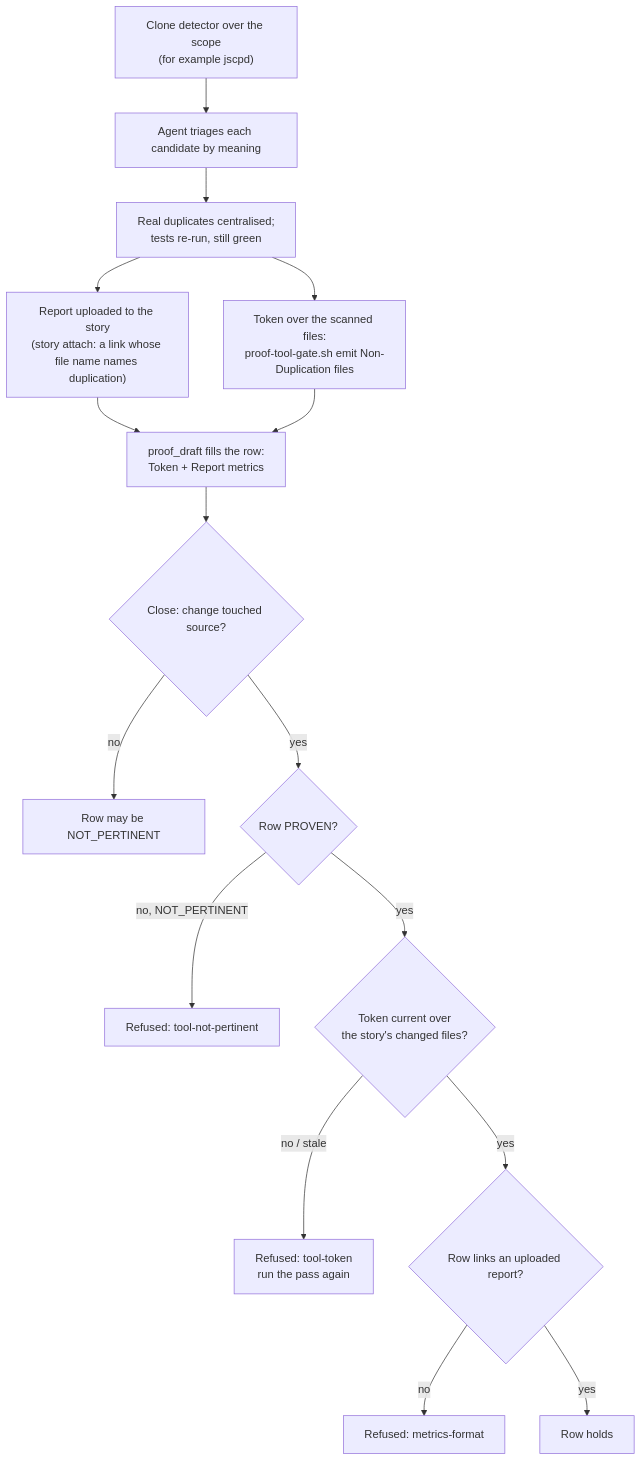
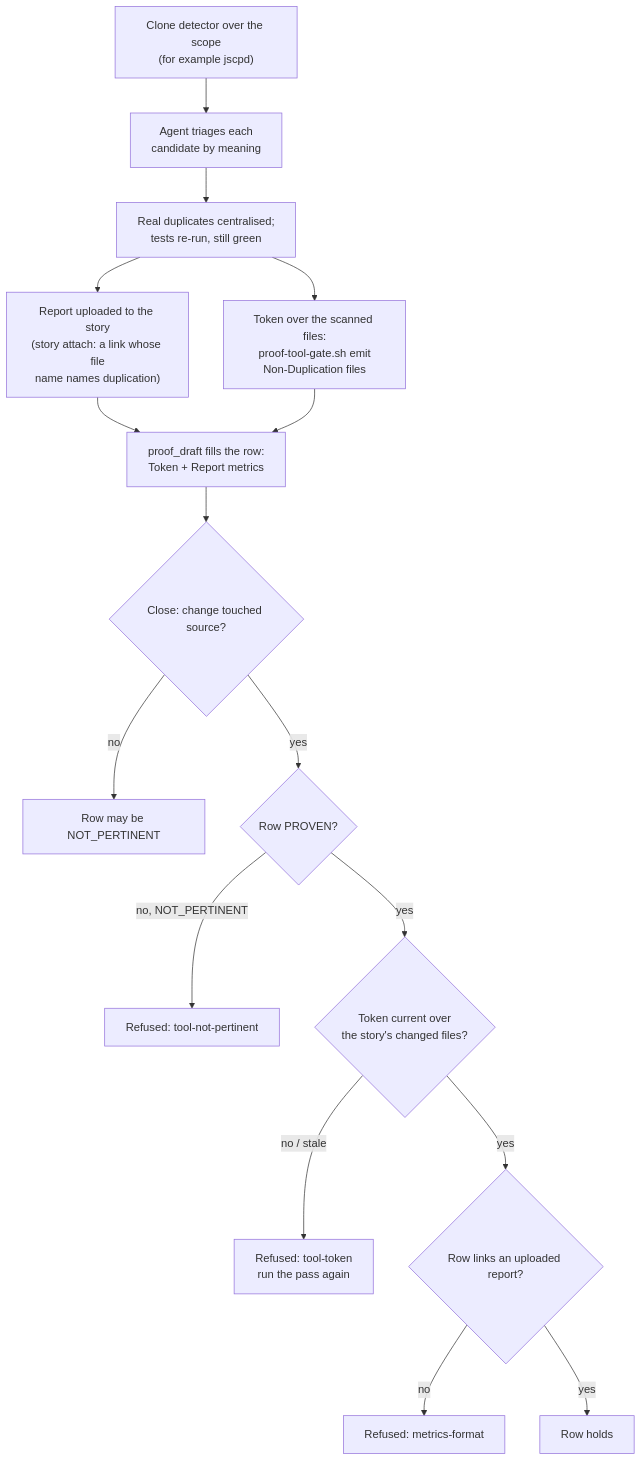
The diagram in docs/PROOF_DIMENSION_NON_DUPLICATION.md (DogmaSolutions/Kyklos), drawn with Mermaid before and after one commit. The commit also changed 38 other files, not shown here.

````diff
--- a/docs/PROOF_DIMENSION_NON_DUPLICATION.md
+++ b/docs/PROOF_DIMENSION_NON_DUPLICATION.md
@@ -36,18 +36,18 @@
 ```mermaid
 flowchart TD
-    A["Clone detector over the scope<br/>(for example jscpd)"] --> B["Agent triages each candidate by meaning"]
+    A["Clone detector over the scope<br/>(for example jscpd)"] --> B["Agent triages each<br/>candidate by meaning"]
     B --> C["Real duplicates centralised;<br/>tests re-run, still green"]
-    C --> D["Report uploaded to the story<br/>(story attach: a link whose file name names duplication)"]
-    C --> E["Token over the scanned files:<br/>proof-tool-gate.sh emit Non-Duplication files"]
+    C --> D["Report uploaded to the story<br/>(story attach: a link whose file<br/>name names duplication)"]
+    C --> E["Token over the scanned files:<br/>proof-tool-gate.sh emit<br/>Non-Duplication files"]
     D --> F["proof_draft fills the row:<br/>Token + Report metrics"]
     E --> F
     F --> G{"Close: change touched source?"}
     G -- no --> NP["Row may be NOT_PERTINENT"]
     G -- yes --> H{"Row PROVEN?"}
     H -- "no, NOT_PERTINENT" --> X1["Refused: tool-not-pertinent"]
     H -- yes --> I{"Token current over<br/>the story's changed files?"}
     I -- "no / stale" --> X2["Refused: tool-token<br/>run the pass again"]
     I -- yes --> J{"Row links an uploaded report?"}
     J -- no --> X3["Refused: metrics-format"]
     J -- yes --> OK["Row holds"]
 ```
````
